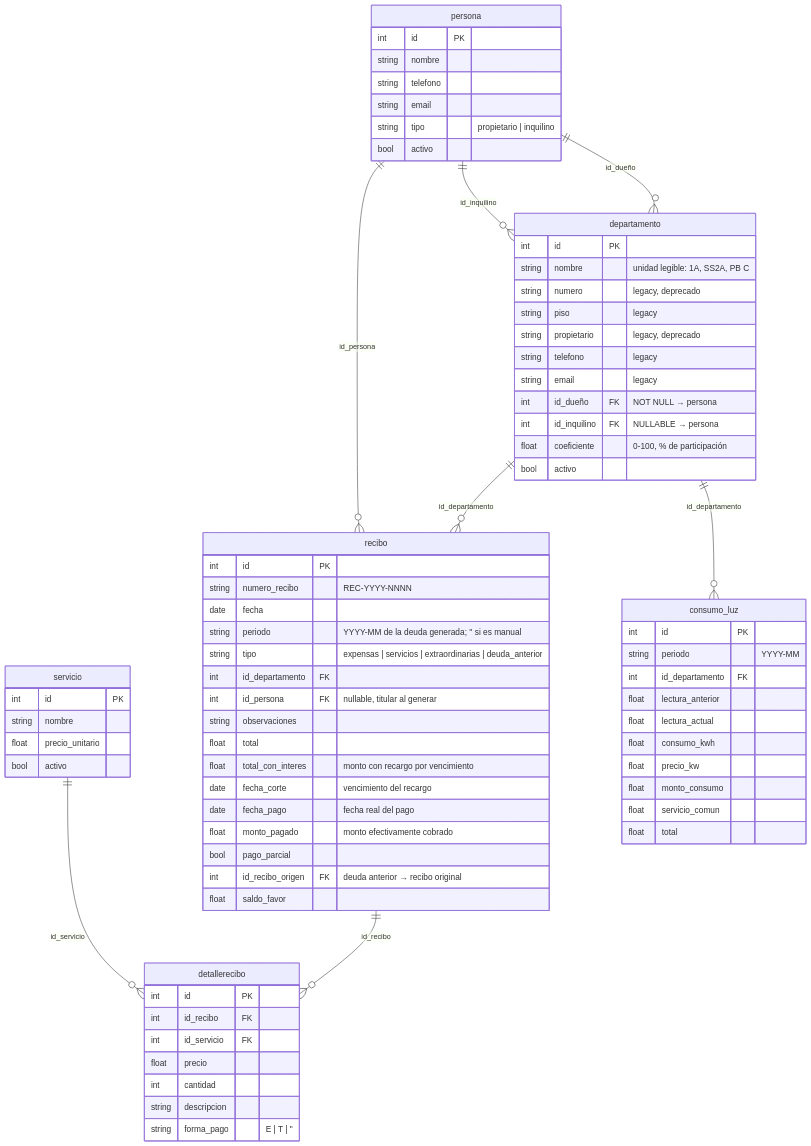
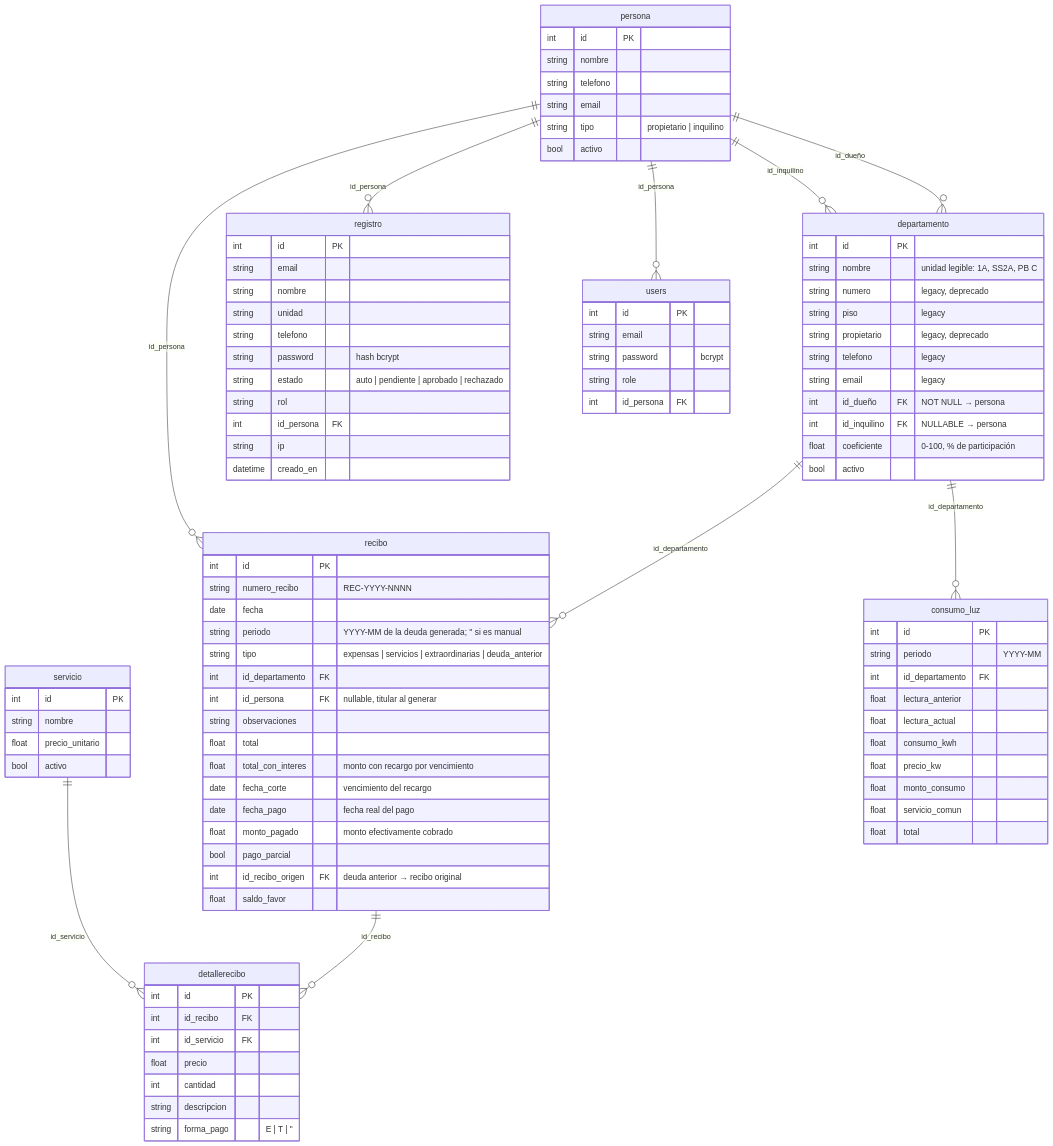
Before and after one commit to dlazarte/recibosGo: the diagram in docs/modelo-de-datos.md, drawn with Mermaid. The commit also changed other lines of this file and 21 other files, not shown here.

Commit message:
feat: auto-registro con rol automatico, aprobacion y rate limit

```diff
--- a/docs/modelo-de-datos.md
+++ b/docs/modelo-de-datos.md
@@ -11,6 +11,30 @@
     recibo ||--o{ detallerecibo : "id_recibo"
     servicio ||--o{ detallerecibo : "id_servicio"
     departamento ||--o{ consumo_luz : "id_departamento"
+    persona ||--o{ registro : "id_persona"
+    persona ||--o{ users : "id_persona"
+
+    users {
+        int id PK
+        string email
+        string password "bcrypt"
+        string role
+        int id_persona FK
+    }
+
+    registro {
+        int id PK
+        string email
+        string nombre
+        string unidad
+        string telefono
+        string password "hash bcrypt"
+        string estado "auto | pendiente | aprobado | rechazado"
+        string rol
+        int id_persona FK
+        string ip
+        datetime creado_en
+    }
 
     departamento {
         int id PK
```
